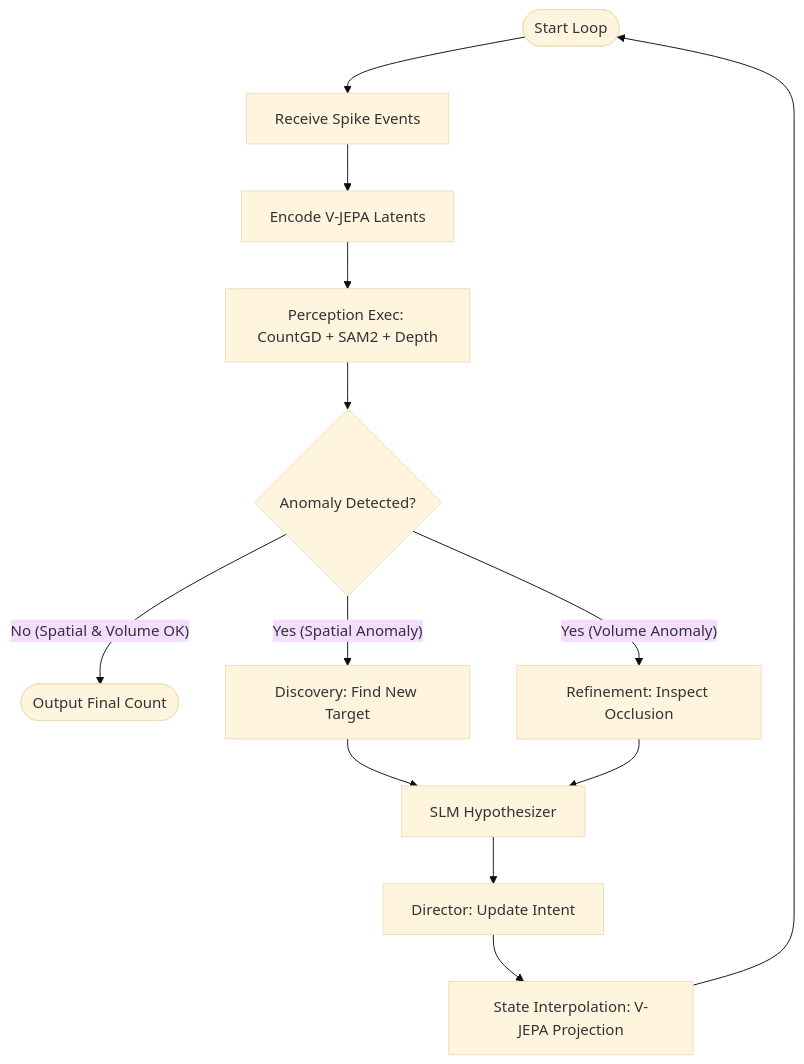
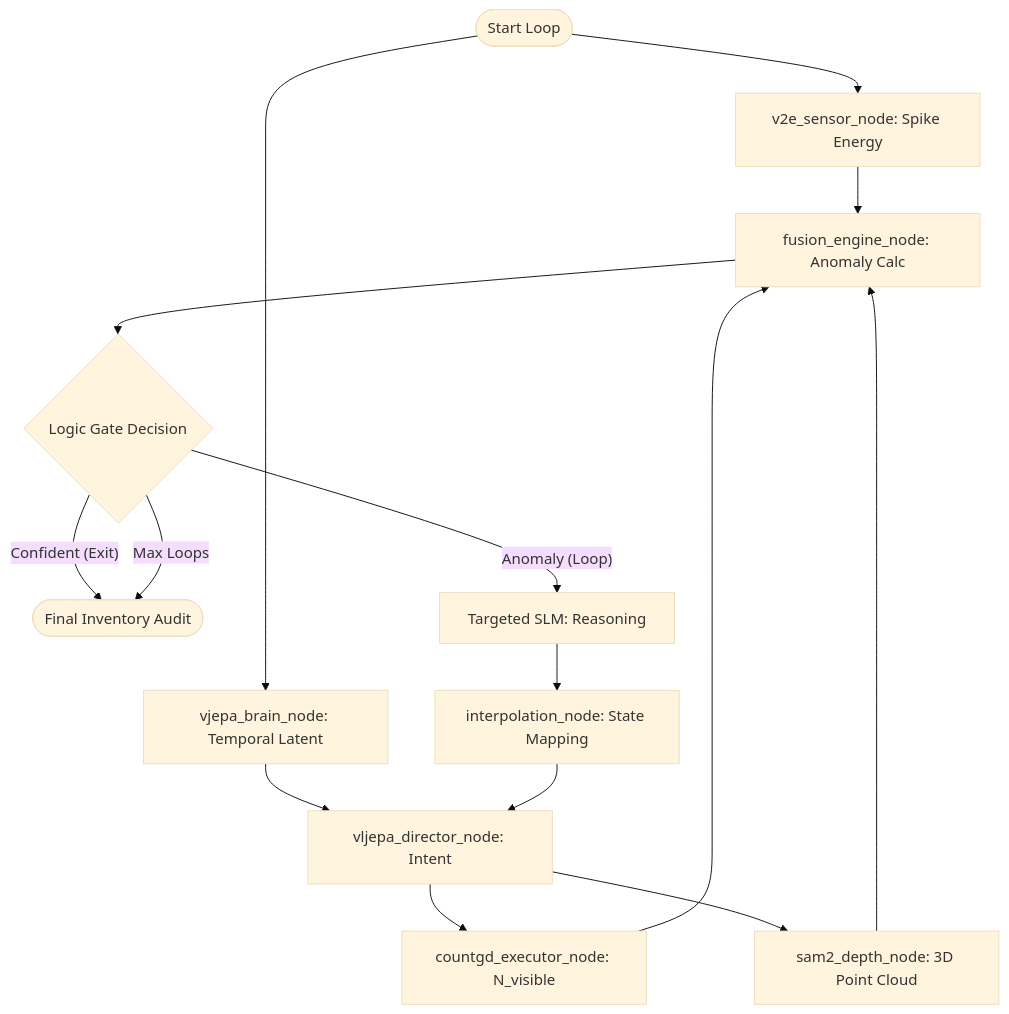
One commit to Yonnnnnnnnn/numeri-vjepa-experiment changed the diagram in Flow_Chart.md. Above: the diagram before and after it, drawn with Mermaid (base theme). The commit also changed 10 other files, not shown here.

Commit message:
feat: complete integration of V2E, V-JEPA, CountGD, and SAM2/Depth into LangGraph flow with full doc sync

````diff
--- a/Flow_Chart.md
+++ b/Flow_Chart.md
@@ -24,20 +24,26 @@
 ```mermaid
 flowchart TD
-    Start([Start Loop]) --> V2E[Receive Spike Events]
-    V2E --> VJEPA_Enc[Encode V-JEPA Latents]
-    VJEPA_Enc --> Perception[Perception Exec: CountGD + SAM2 + Depth]
+    Start([Start Loop]) --> v2e_sensor_node[v2e_sensor_node: Spike Energy]
+    Start --> vjepa_brain_node[vjepa_brain_node: Temporal Latent]
 
-    Perception --> LogicGate{Anomaly Detected?}
+    vjepa_brain_node --> vljepa_director_node[vljepa_director_node: Intent]
 
-    LogicGate -- No (Spatial & Volume OK) --> End([Output Final Count])
+    vljepa_director_node --> countgd_executor_node[countgd_executor_node: N_visible]
+    vljepa_director_node --> sam2_depth_node[sam2_depth_node: 3D Point Cloud]
 
-    LogicGate -- Yes (Spatial Anomaly) --> Discovery[Discovery: Find New Target]
-    LogicGate -- Yes (Volume Anomaly) --> Refinement[Refinement: Inspect Occlusion]
+    countgd_executor_node --> fusion_engine_node[fusion_engine_node: Anomaly Calc]
+    sam2_depth_node --> fusion_engine_node
+    v2e_sensor_node --> fusion_engine_node
 
-    Discovery --> SLM[SLM Hypothesizer]
-    Refinement --> SLM
+    fusion_engine_node --> logic_gate_node{Logic Gate Decision}
 
-    SLM --> VLJEPA[Director: Update Intent]
-    VLJEPA --> Interpolate[State Interpolation: V-JEPA Projection]
-    Interpolate --> Start
+    logic_gate_node -- "Confident (Exit)" --> End([Final Inventory Audit])
+
+    logic_gate_node -- "Anomaly (Loop)" --> targeted_slm_node[Targeted SLM: Reasoning]
+
+    targeted_slm_node --> interpolation_node[interpolation_node: State Mapping]
+
+    interpolation_node --> vljepa_director_node
+
+    logic_gate_node -- "Max Loops" --> End
 ```
````
